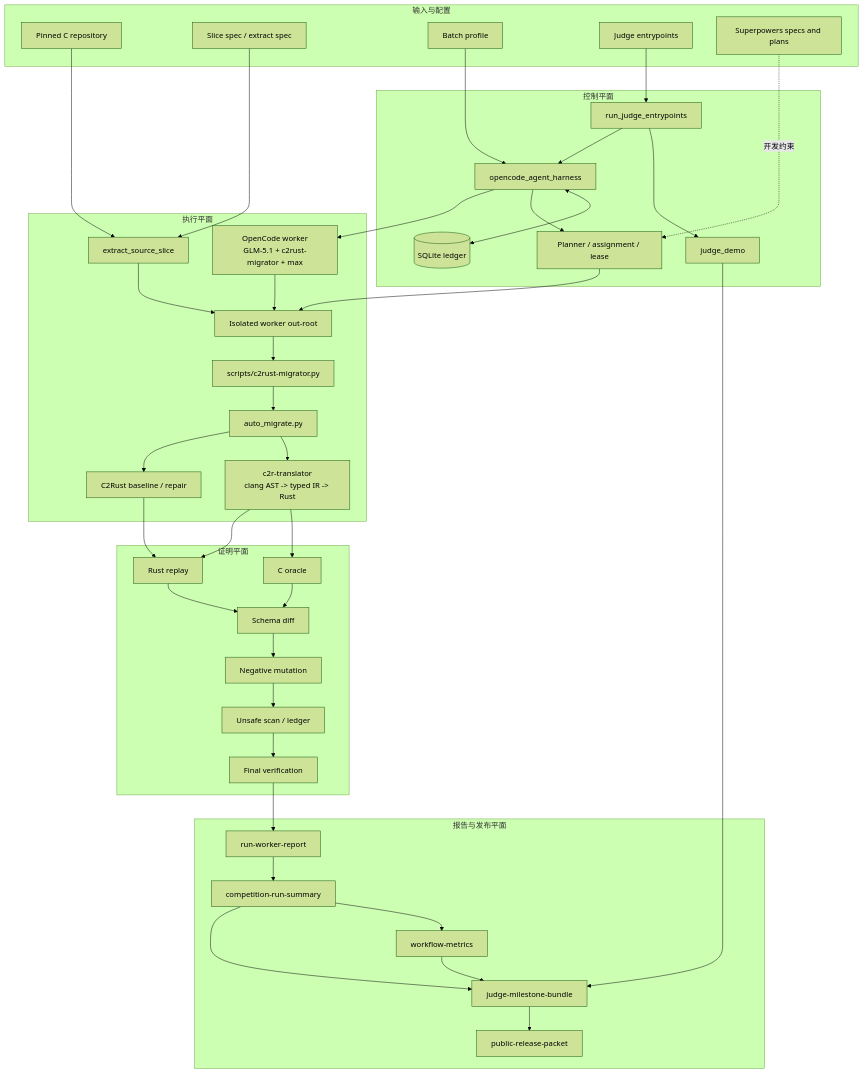
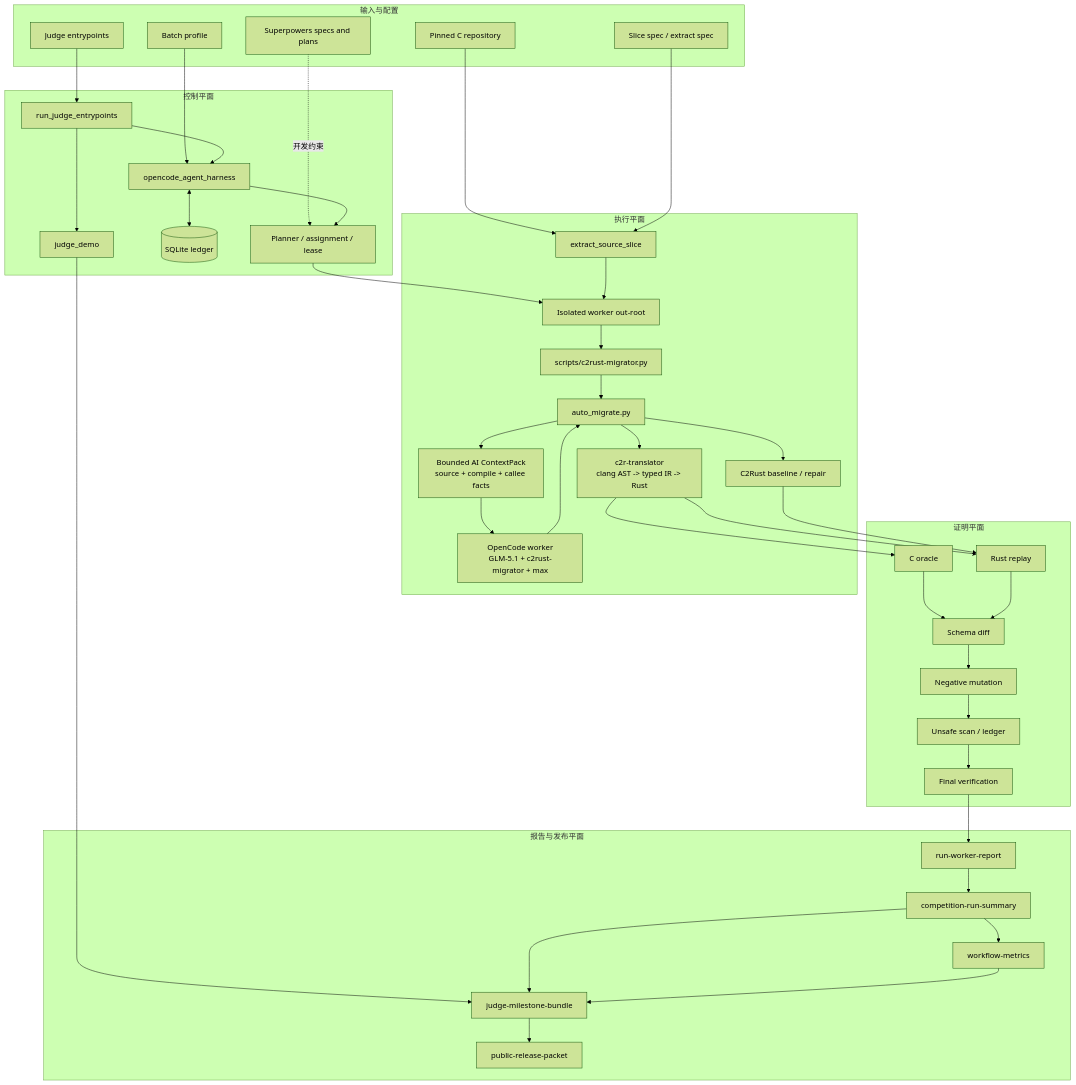
Before and after one commit to guoqihan342-svg/c-to-rust: the first of 3 diagrams in README.md, drawn with Mermaid (forest theme). The commit also changed other lines of this file and 3 other files, not shown here.

````diff
--- a/README.md
+++ b/README.md
@@ -51,78 +59,80 @@
 ```mermaid
 flowchart TB
     subgraph Inputs["输入与配置"]
         SRC["Pinned C repository"]
         SPEC["Slice spec / extract spec"]
         PROFILE["Batch profile"]
         JCFG["Judge entrypoints"]
         SP["Superpowers specs and plans"]
     end
 
     subgraph Control["控制平面"]
         JUDGE["run_judge_entrypoints"]
         DEMO["judge_demo"]
         HARNESS["opencode_agent_harness"]
         LEDGER[("SQLite ledger")]
         PLAN["Planner / assignment / lease"]
     end
 
     subgraph Execution["执行平面"]
         EXTRACT["extract_source_slice"]
         WORKER["Isolated worker out-root"]
         MIGRATOR["scripts/c2rust-migrator.py"]
         AUTO["auto_migrate.py"]
+        CONTEXT["Bounded AI ContextPack\nsource + compile + callee facts"]
         TRANSLATOR["c2r-translator\nclang AST -> typed IR -> Rust"]
         C2RUST["C2Rust baseline / repair"]
         OPENCODE["OpenCode worker\nGLM-5.1 + c2rust-migrator + max"]
     end
 
     subgraph Proof["证明平面"]
         ORACLE["C oracle"]
         REPLAY["Rust replay"]
         DIFF["Schema diff"]
         NEG["Negative mutation"]
         UNSAFE["Unsafe scan / ledger"]
         VERIFY["Final verification"]
     end
 
     subgraph Reports["报告与发布平面"]
         WREPORT["run-worker-report"]
         SUMMARY["competition-run-summary"]
         METRICS["workflow-metrics"]
         BUNDLE["judge-milestone-bundle"]
         PACKET["public-release-packet"]
     end
 
     SP -. "开发约束" .-> PLAN
     SRC --> EXTRACT
     SPEC --> EXTRACT
     PROFILE --> HARNESS
     JCFG --> JUDGE
     JUDGE --> DEMO
     JUDGE --> HARNESS
     HARNESS <--> LEDGER
     HARNESS --> PLAN
     PLAN --> WORKER
     EXTRACT --> WORKER
     WORKER --> MIGRATOR
     MIGRATOR --> AUTO
     AUTO --> TRANSLATOR
     AUTO --> C2RUST
-    HARNESS --> OPENCODE
-    OPENCODE --> WORKER
+    AUTO --> CONTEXT
+    CONTEXT --> OPENCODE
+    OPENCODE --> AUTO
     TRANSLATOR --> ORACLE
     TRANSLATOR --> REPLAY
     C2RUST --> REPLAY
     ORACLE --> DIFF
     REPLAY --> DIFF
     DIFF --> NEG
     NEG --> UNSAFE
     UNSAFE --> VERIFY
     VERIFY --> WREPORT
     WREPORT --> SUMMARY
     SUMMARY --> METRICS
     DEMO --> BUNDLE
     SUMMARY --> BUNDLE
     METRICS --> BUNDLE
     BUNDLE --> PACKET
 ```
````
